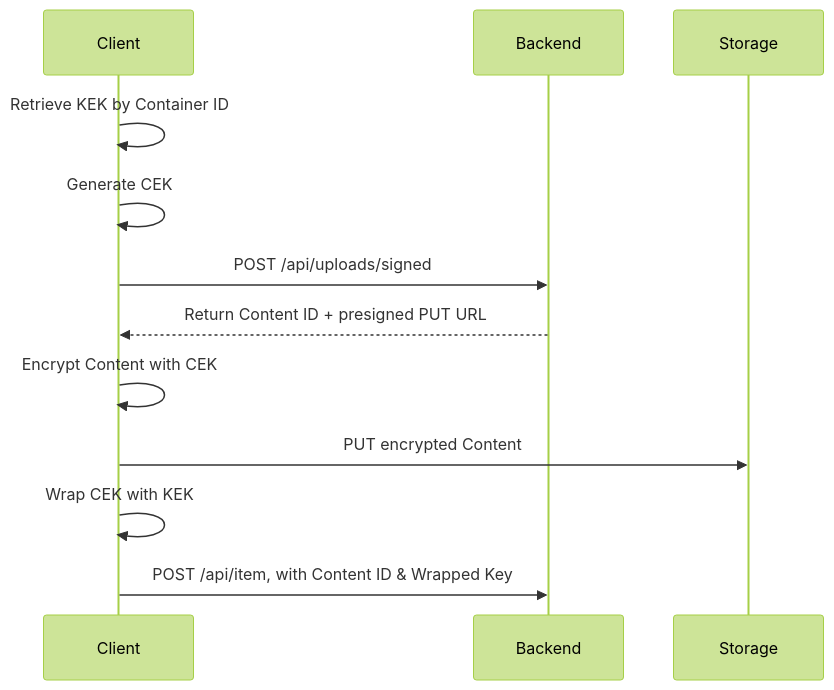
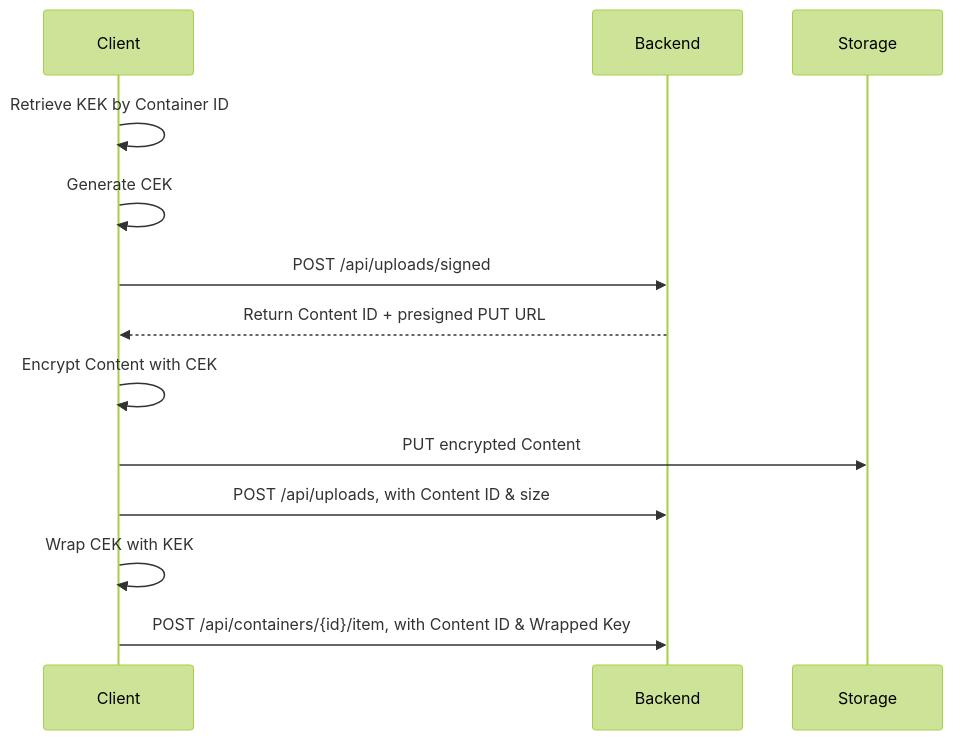
The third of 4 diagrams in packages/send/docs/EngDesignDoc.md (thunderbird/tbpro-add-on), drawn with Mermaid (forest theme) before and after one commit. The commit also changed other lines of this file and 14 other files, not shown here.

````diff
--- a/packages/send/docs/EngDesignDoc.md
+++ b/packages/send/docs/EngDesignDoc.md
@@ -158,11 +163,12 @@
 ```mermaid
 sequenceDiagram
 Client ->> Client: Retrieve KEK by Container ID
 Client ->> Client: Generate CEK
 Client ->> Backend: POST /api/uploads/signed
 Backend -->> Client: Return Content ID + presigned PUT URL
 Client ->> Client: Encrypt Content with CEK
 Client ->> Storage: PUT encrypted Content
+Client ->> Backend: POST /api/uploads, with Content ID & size
 Client ->> Client: Wrap CEK with KEK
-Client ->> Backend: POST /api/item, with Content ID & Wrapped Key
+Client ->> Backend: POST /api/containers/{id}/item, with Content ID & Wrapped Key
 ```
````
